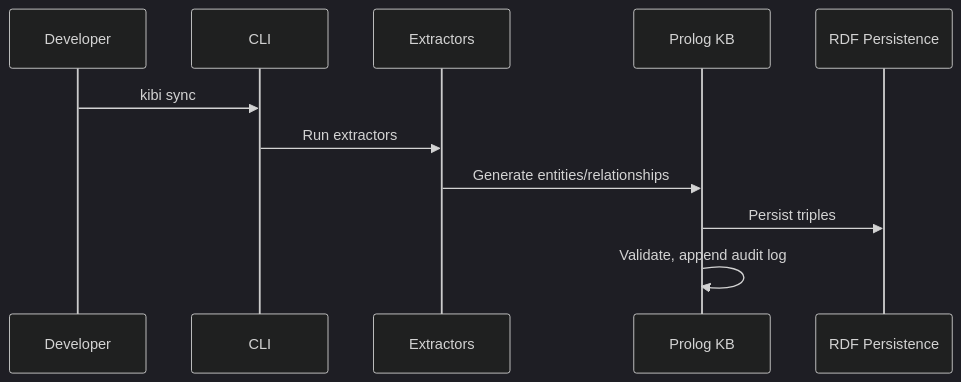
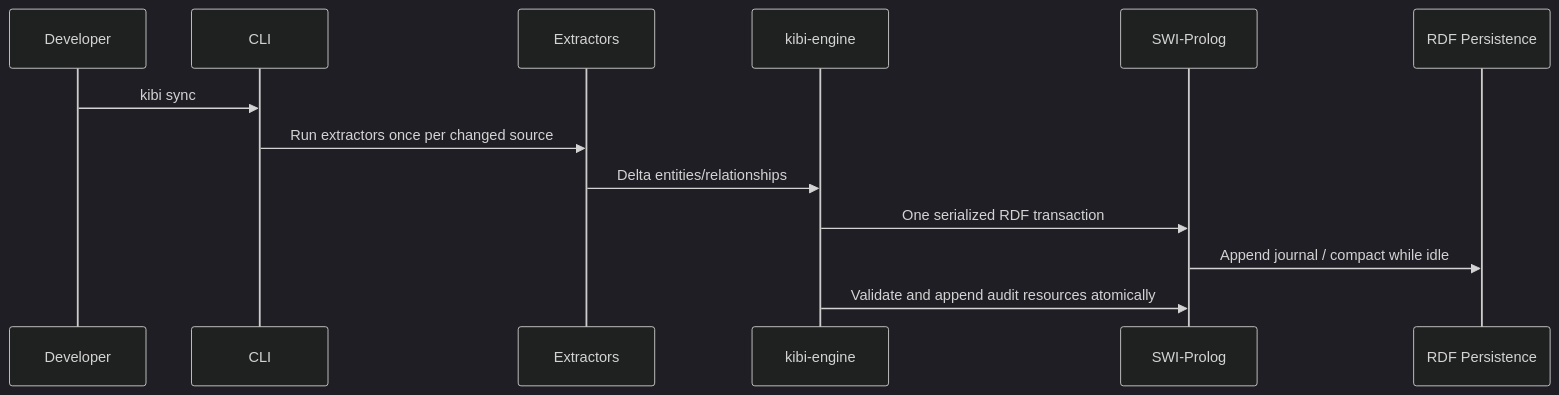
Before and after one commit to Looted/kibi: the second of 3 diagrams in docs/architecture.md, drawn with Mermaid (dark theme). The commit also changed other lines of this file and 87 other files, not shown here.

Commit message:
feat: add journaled kibi engine

````diff
--- a/docs/architecture.md
+++ b/docs/architecture.md
@@ -82,13 +94,15 @@
 ```mermaid
 sequenceDiagram
     participant Dev as Developer
     participant CLI as CLI
     participant Ext as Extractors
-    participant KB as Prolog KB
+    participant ENG as kibi-engine
+    participant KB as SWI-Prolog
     participant RDF as RDF Persistence
     Dev->>CLI: kibi sync
-    CLI->>Ext: Run extractors
-    Ext->>KB: Generate entities/relationships
-    KB->>RDF: Persist triples
-    KB->>KB: Validate, append audit log
+    CLI->>Ext: Run extractors once per changed source
+    Ext->>ENG: Delta entities/relationships
+    ENG->>KB: One serialized RDF transaction
+    KB->>RDF: Append journal / compact while idle
+    ENG->>KB: Validate and append audit resources atomically
 ```
````
